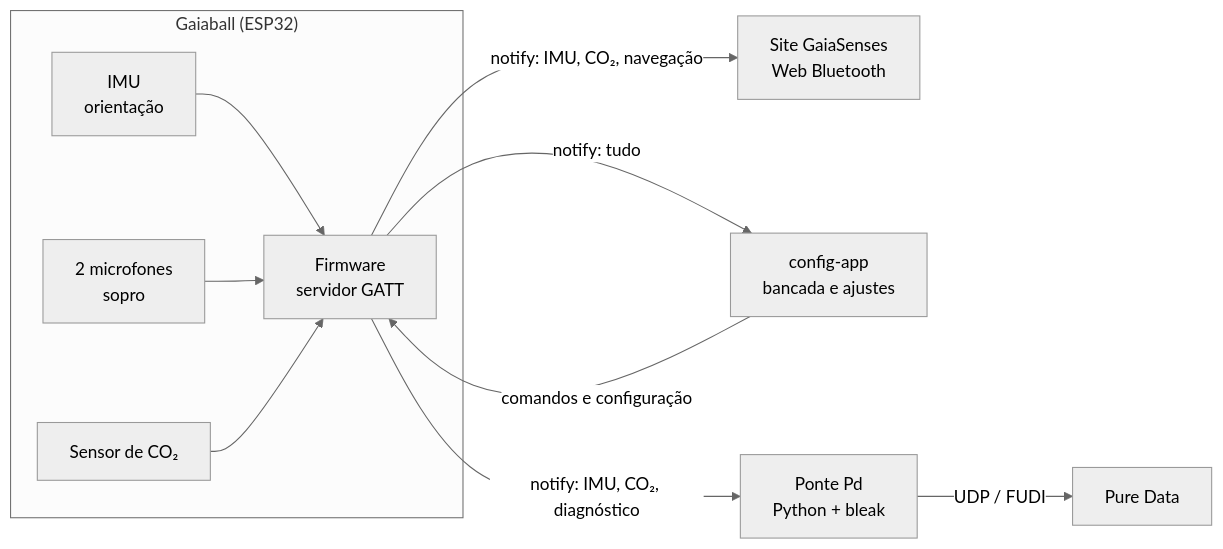
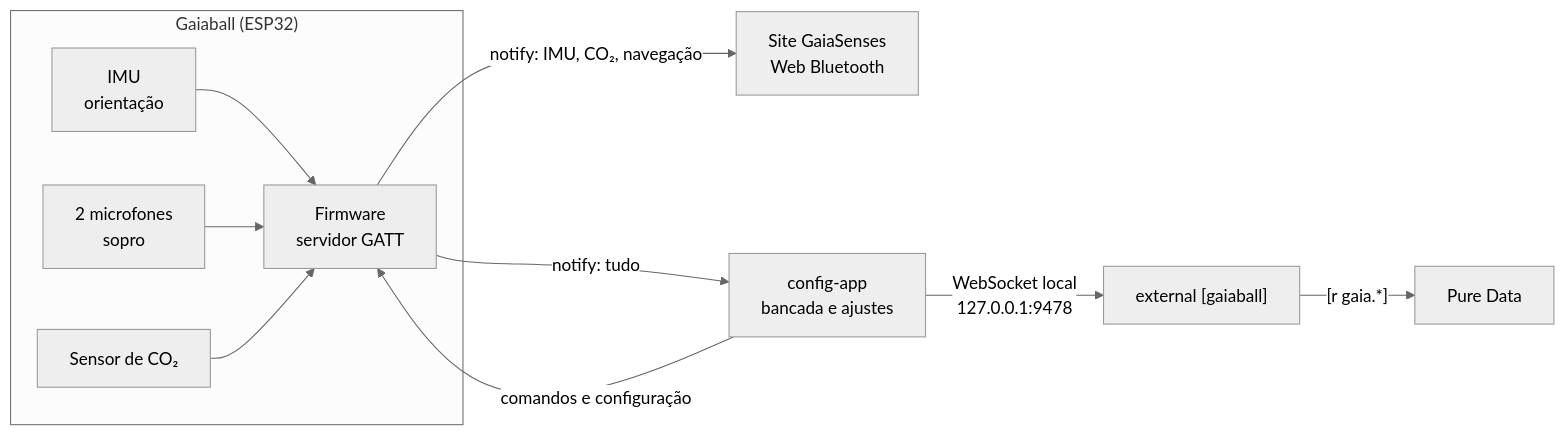
One commit to GaiaSenses/gaiaball changed the first of 3 diagrams in docs/protocolo-ble.md. Above: the diagram before and after it, drawn with Mermaid (neutral theme). The commit also changed other lines of this file and 1 other file, not shown here.

Commit message:
docs: protocol guide for IMU v2 in mg, breath bit and detector registers

````diff
--- a/docs/protocolo-ble.md
+++ b/docs/protocolo-ble.md
@@ -52,17 +53,17 @@
 ```mermaid
 flowchart LR
   subgraph BOLA["Gaiaball (ESP32)"]
     IMU["IMU<br/>orientação"]
     MIC["2 microfones<br/>sopro"]
     CO2["Sensor de CO₂"]
     FW["Firmware<br/>servidor GATT"]
     IMU --> FW
     MIC --> FW
     CO2 --> FW
   end
   FW -- "notify: IMU, CO₂, navegação" --> SITE["Site GaiaSenses<br/>Web Bluetooth"]
   FW -- "notify: tudo" --> APP["config-app<br/>bancada e ajustes"]
   APP -- "comandos e configuração" --> FW
-  FW -- "notify: IMU, CO₂, diagnóstico" --> PONTE["Ponte Pd<br/>Python + bleak"]
-  PONTE -- "UDP / FUDI" --> PD["Pure Data"]
+  APP -- "WebSocket local<br/>127.0.0.1:9478" --> EXT["external [gaiaball]"]
+  EXT -- "[r gaia.*]" --> PD["Pure Data"]
 ```
````
